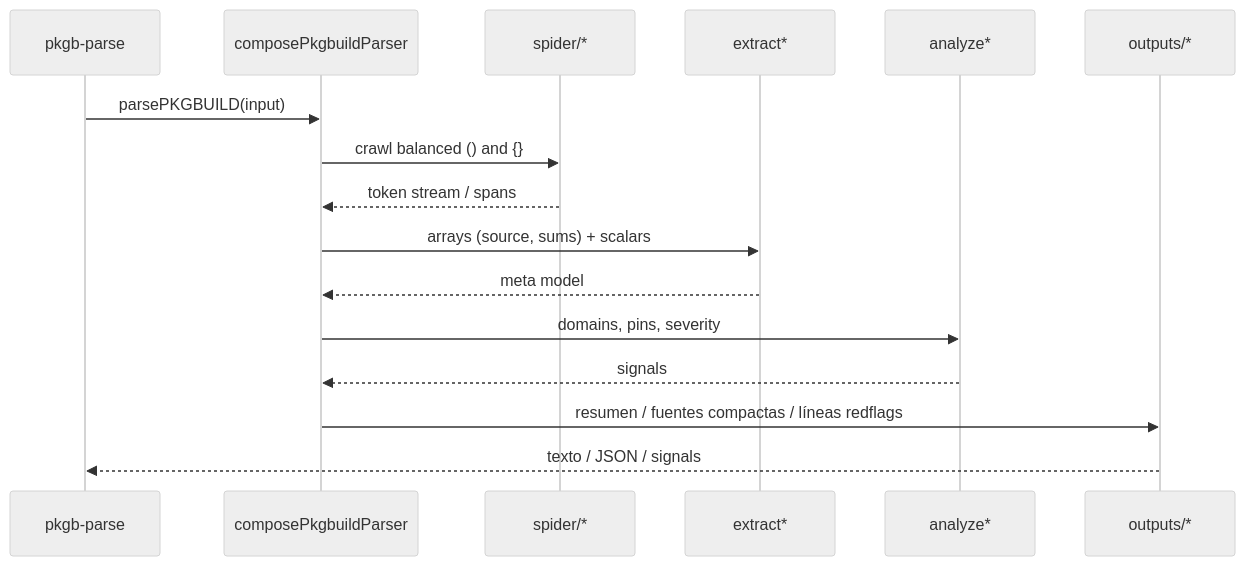
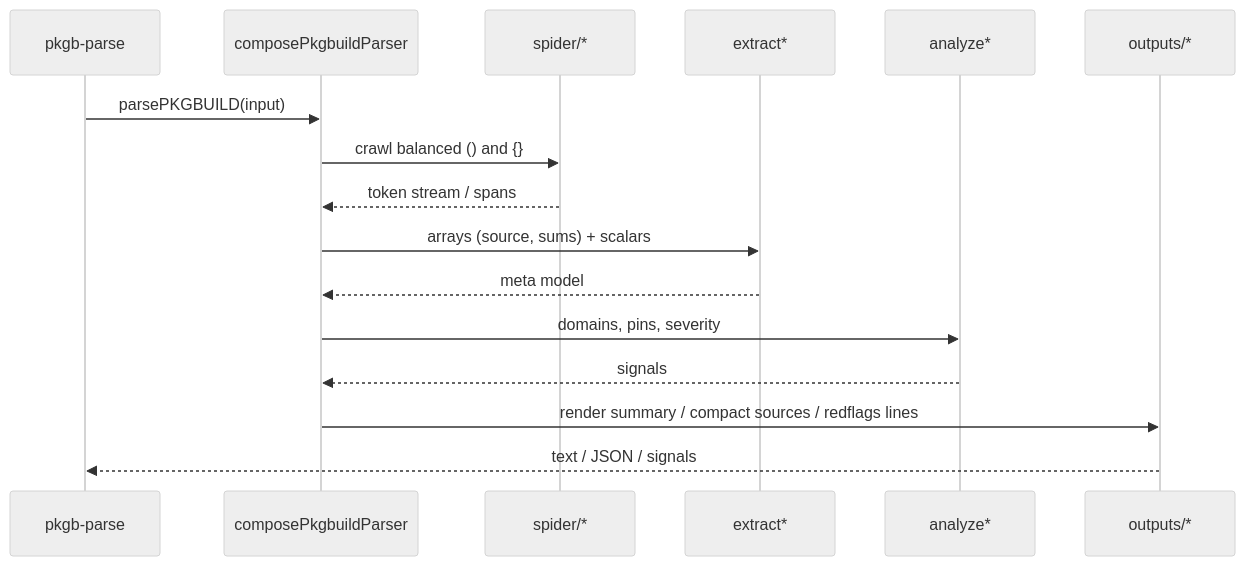
One commit to LuigiD5555/aur_scanner changed diagram 15 of 15 in docs/developer/README.dev.es.md. Above: the diagram before and after it, drawn with Mermaid (neutral theme). The commit also changed other lines of this file and 1 other file, not shown here.

````diff
--- a/docs/developer/README.dev.es.md
+++ b/docs/developer/README.dev.es.md
@@ -691,19 +964,19 @@
 ```mermaid
 sequenceDiagram
     participant CLI as pkgb-parse
     participant Parser as composePkgbuildParser
     participant Spider as spider/*
     participant Extract as extract*
     participant Analyze as analyze*
     participant Outputs as outputs/*
 
     CLI->>Parser: parsePKGBUILD(input)
     Parser->>Spider: crawl balanced () and {}
     Spider-->>Parser: token stream / spans
     Parser->>Extract: arrays (source, sums) + scalars
     Extract-->>Parser: meta model
     Parser->>Analyze: domains, pins, severity
     Analyze-->>Parser: signals
-    Parser->>Outputs: resumen / fuentes compactas / líneas redflags
-    Outputs-->>CLI: texto / JSON / signals
+    Parser->>Outputs: render summary / compact sources / redflags lines
+    Outputs-->>CLI: text / JSON / signals
 ```
````
